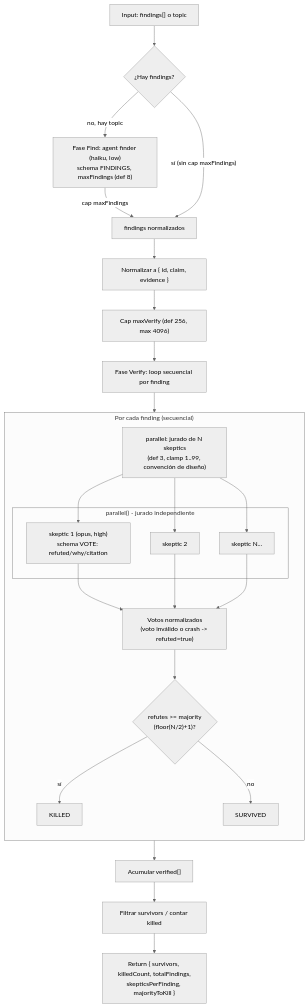
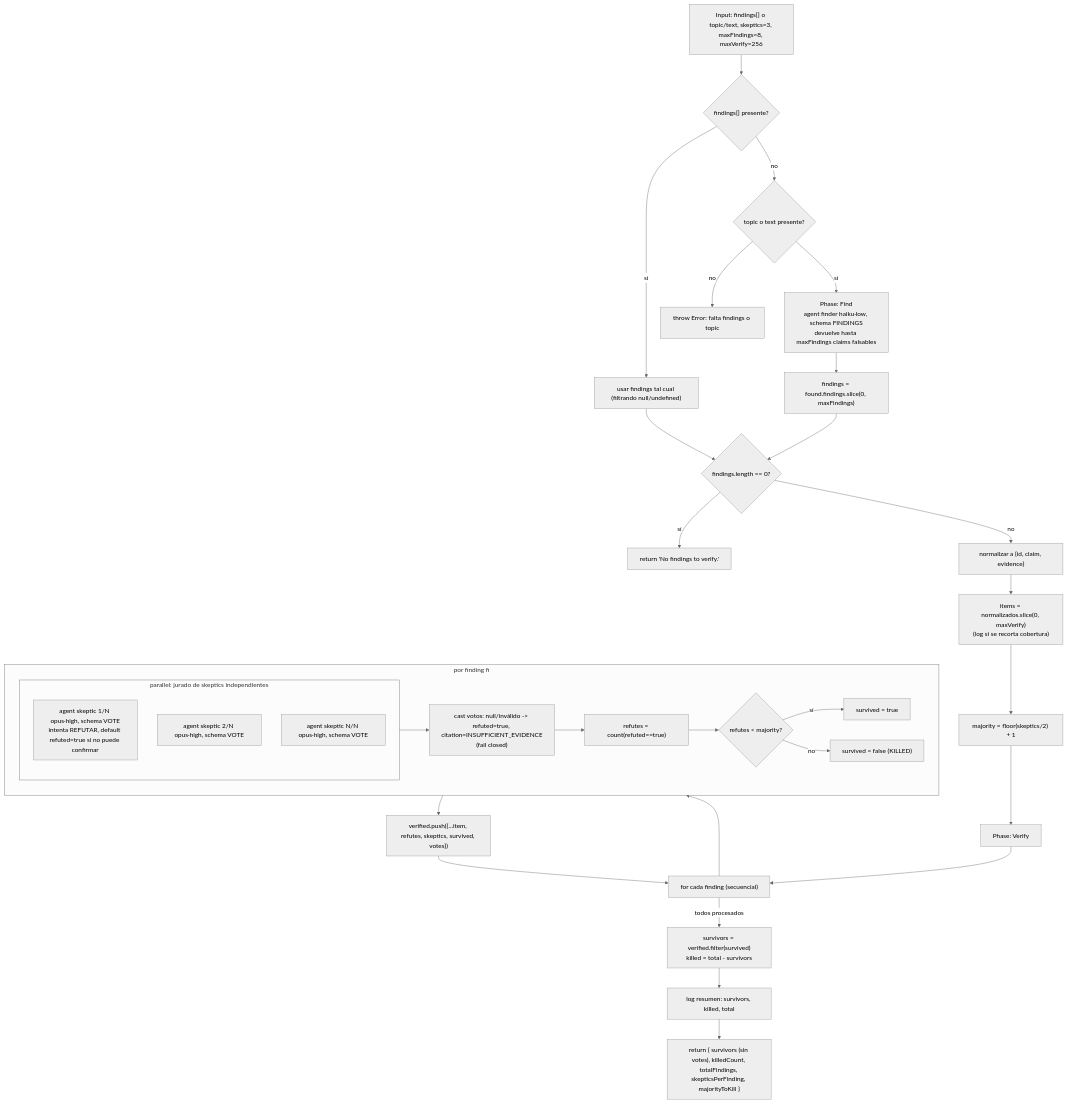
The diagram in docs/scaffolds/adversarial-verify.md (andrestobelem/pandi-extensions), drawn with Mermaid (neutral theme) before and after one commit. The commit also changed other lines of this file and 3 other files, not shown here.

````diff
--- a/docs/scaffolds/adversarial-verify.md
+++ b/docs/scaffolds/adversarial-verify.md
@@ -35,34 +26,36 @@
 ```mermaid
 flowchart TD
-    A["Input: findings[] o topic"] --> B{"¿Hay findings?"}
-    B -->|"no, hay topic"| C["Fase Find: agent finder (haiku, low)\nschema FINDINGS, maxFindings (def 8)"]
-    C -->|"cap maxFindings"| D["findings normalizados"]
-    B -->|"sí (sin cap maxFindings)"| D
-    D --> E["Normalizar a { id, claim, evidence }"]
-    E --> F["Cap maxVerify (def 256, max 4096)"]
-    F --> G["Fase Verify: loop secuencial por finding"]
+    A["Input: findings[] o topic/text, skeptics=3, maxFindings=8, maxVerify=256"] --> B{"findings[] presente?"}
+    B -->|"sí"| C["usar findings tal cual (filtrando null/undefined)"]
+    B -->|"no"| D{"topic o text presente?"}
+    D -->|"no"| D1["throw Error: falta findings o topic"]
+    D -->|"sí"| E["Phase: Find\nagent finder haiku·low, schema FINDINGS\ndevuelve hasta maxFindings claims falsables"]
+    E --> F["findings = found.findings.slice(0, maxFindings)"]
+    C --> G
+    F --> G{"findings.length == 0?"}
+    G -->|"sí"| G1["return 'No findings to verify.'"]
+    G -->|"no"| H["normalizar a {id, claim, evidence}"]
+    H --> I["items = normalizados.slice(0, maxVerify)\n(log si se recorta cobertura)"]
+    I --> J["majority = floor(skeptics/2) + 1"]
+    J --> K["Phase: Verify"]
 
-    subgraph G1 ["Por cada finding (secuencial)"]
-        direction TB
-        H["parallel: jurado de N skeptics\n(def 3, clamp 1..99, convención de diseño)"]
-        subgraph JURY ["parallel() - jurado independiente"]
-            S1["skeptic 1 (opus, high)\nschema VOTE: refuted/why/citation"]
-            S2["skeptic 2"]
-            S3["skeptic N..."]
+    K --> L["for cada finding (secuencial)"]
+    subgraph LOOP["por finding fi"]
+        subgraph JURY["parallel: jurado de skeptics independientes"]
+            S1["agent skeptic 1/N opus·high, schema VOTE\nintenta REFUTAR, default refuted=true si no puede confirmar"]
+            S2["agent skeptic 2/N opus·high, schema VOTE"]
+            S3["agent skeptic N/N opus·high, schema VOTE"]
         end
-        H --> S1
-        H --> S2
-        H --> S3
-        S1 --> I["Votos normalizados\n(voto inválido o crash -> refuted=true)"]
-        S2 --> I
-        S3 --> I
-        I --> J{"refutes >= majority\n(floor(N/2)+1)?"}
-        J -->|"sí"| K["KILLED"]
-        J -->|"no"| L["SURVIVED"]
+        JURY --> M["cast votos: null/inválido -> refuted=true, citation=INSUFFICIENT_EVIDENCE\n(fail closed)"]
+        M --> N["refutes = count(refuted==true)"]
+        N --> O{"refutes < majority?"}
+        O -->|"sí"| P["survived = true"]
+        O -->|"no"| Q["survived = false (KILLED)"]
     end
-
-    G --> G1
-    G1 --> M["Acumular verified[]"]
-    M --> N["Filtrar survivors / contar killed"]
-    N --> O["Return { survivors, killedCount, totalFindings,\nskepticsPerFinding, majorityToKill }"]
+    L --> LOOP
+    LOOP --> R["verified.push({...item, refutes, skeptics, survived, votes})"]
+    R --> L
+    L -->|"todos procesados"| S["survivors = verified.filter(survived)\nkilled = total - survivors"]
+    S --> T["log resumen: survivors, killed, total"]
+    T --> U["return { survivors (sin votes), killedCount, totalFindings, skepticsPerFinding, majorityToKill }"]
 ```
````
